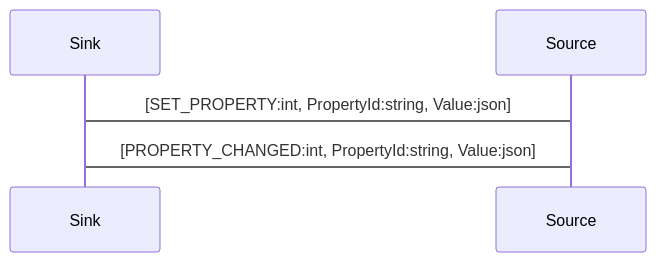
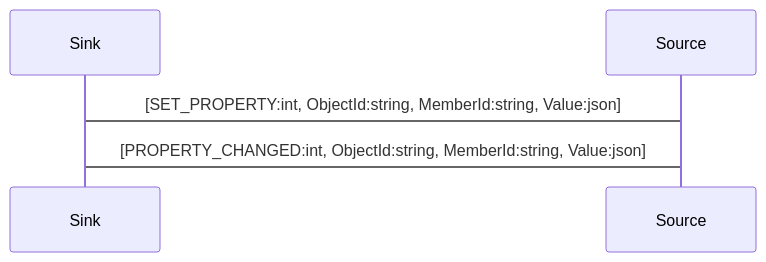
Before and after one commit to apigear-io/apigear-docs: the diagram in docs/advanced/objectlink/properties.md, drawn with Mermaid. The commit also changed other lines of this file and 5 other files, not shown here.

````diff
--- a/docs/advanced/objectlink/properties.md
+++ b/docs/advanced/objectlink/properties.md
@@ -72,5 +68,5 @@
 ```mermaid
 sequenceDiagram
-Sink->Source: [SET_PROPERTY:int, PropertyId:string, Value:json]
-Source->Sink: [PROPERTY_CHANGED:int, PropertyId:string, Value:json]
+Sink->Source: [SET_PROPERTY:int, ObjectId:string, MemberId:string, Value:json]
+Source->Sink: [PROPERTY_CHANGED:int, ObjectId:string, MemberId:string, Value:json]
 ```
````
